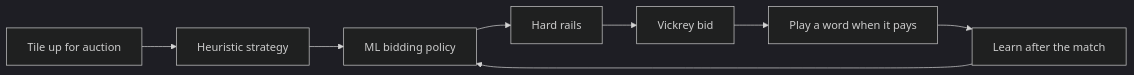
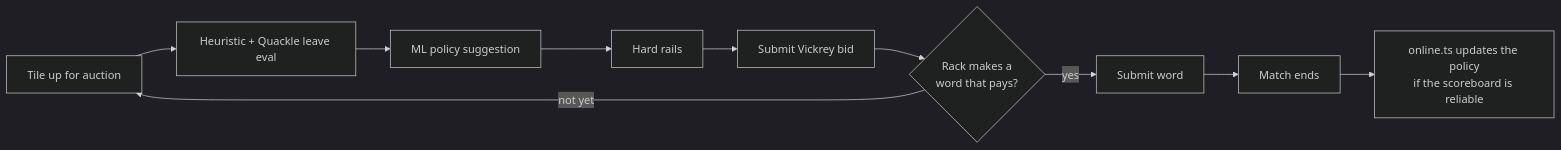
Before and after one commit to lalitg13/scrabble-bot-predictive: the second of 2 diagrams in README.md, drawn with Mermaid (dark theme). The commit also changed other lines of this file and 11 other files, not shown here.

First line of the commit message:
Replace illustrated banners with structure diagrams and training charts.

````diff
--- a/README.md
+++ b/README.md
@@ -45,10 +48,12 @@
 ```mermaid
 flowchart LR
-  A[Tile up for auction] --> B[Heuristic strategy]
-  B --> C[ML bidding policy]
-  C --> D[Hard rails]
-  D --> E[Vickrey bid]
-  E --> F[Play a word when it pays]
-  F --> G[Learn after the match]
-  G --> C
+  A["Tile up for auction"] --> B["Heuristic + Quackle leave eval"]
+  B --> C["ML policy suggestion"]
+  C --> D["Hard rails"]
+  D --> E["Submit Vickrey bid"]
+  E --> F{"Rack makes a<br/>word that pays?"}
+  F -->|yes| G["Submit word"]
+  F -->|not yet| A
+  G --> H["Match ends"]
+  H --> I["online.ts updates the policy<br/>if the scoreboard is reliable"]
 ```
````
